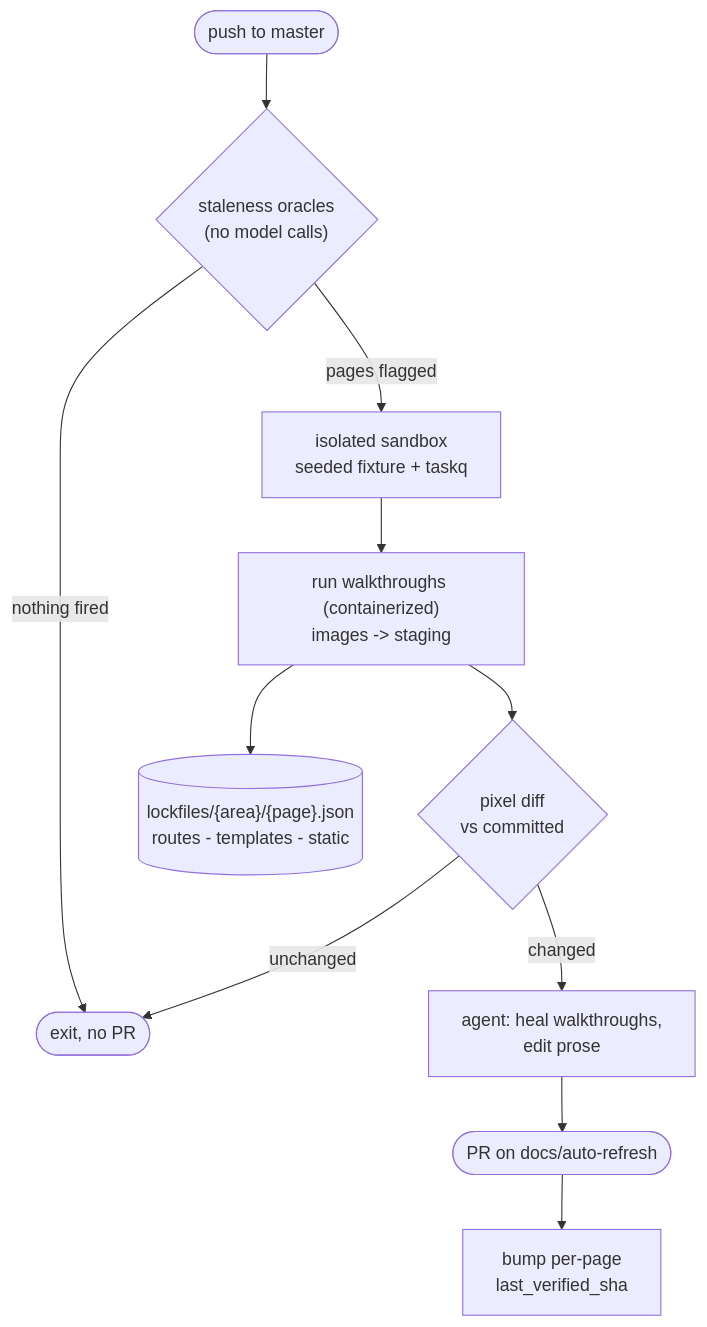
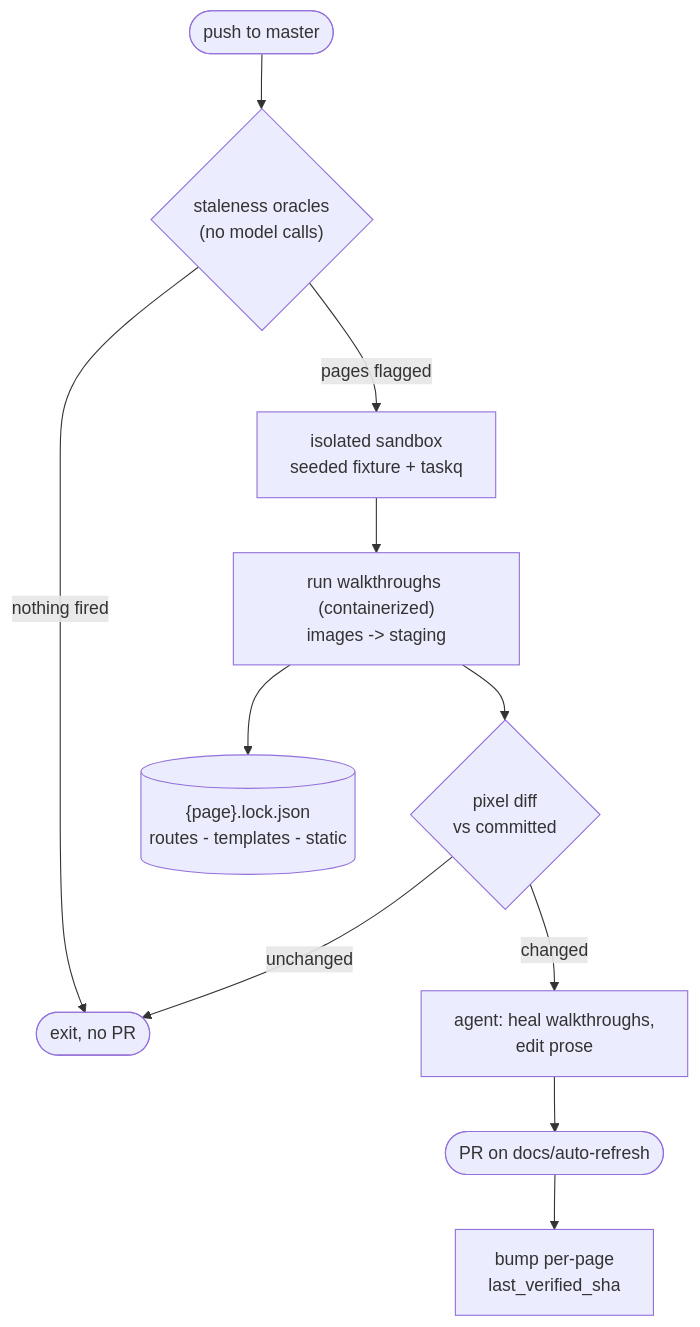
Before and after one commit to Jason-Turan0/yaffo: the diagram in yaffo_ui_tests/docs/documentation_automation.md, drawn with Mermaid. The commit also changed other lines of this file and 17 other files, not shown here.

````diff
--- a/yaffo_ui_tests/docs/documentation_automation.md
+++ b/yaffo_ui_tests/docs/documentation_automation.md
@@ -68,13 +68,13 @@
 ```mermaid
 flowchart TD
     push([push to master]) --> oracles{"staleness oracles<br/>(no model calls)"}
     oracles -->|nothing fired| stop([exit, no PR])
     oracles -->|pages flagged| sandbox["isolated sandbox<br/>seeded fixture + taskq"]
     sandbox --> capture["run walkthroughs (containerized)<br/>images -> staging"]
-    capture --> obs[("lockfiles/{area}/{page}.json<br/>routes - templates - static")]
+    capture --> obs[("{page}.lock.json<br/>routes - templates - static")]
     capture --> pdiff{"pixel diff<br/>vs committed"}
     pdiff -->|unchanged| stop
     pdiff -->|changed| agent["agent: heal walkthroughs,<br/>edit prose"]
     agent --> pr([PR on docs/auto-refresh])
     pr --> watermark["bump per-page<br/>last_verified_sha"]
 ```
````
